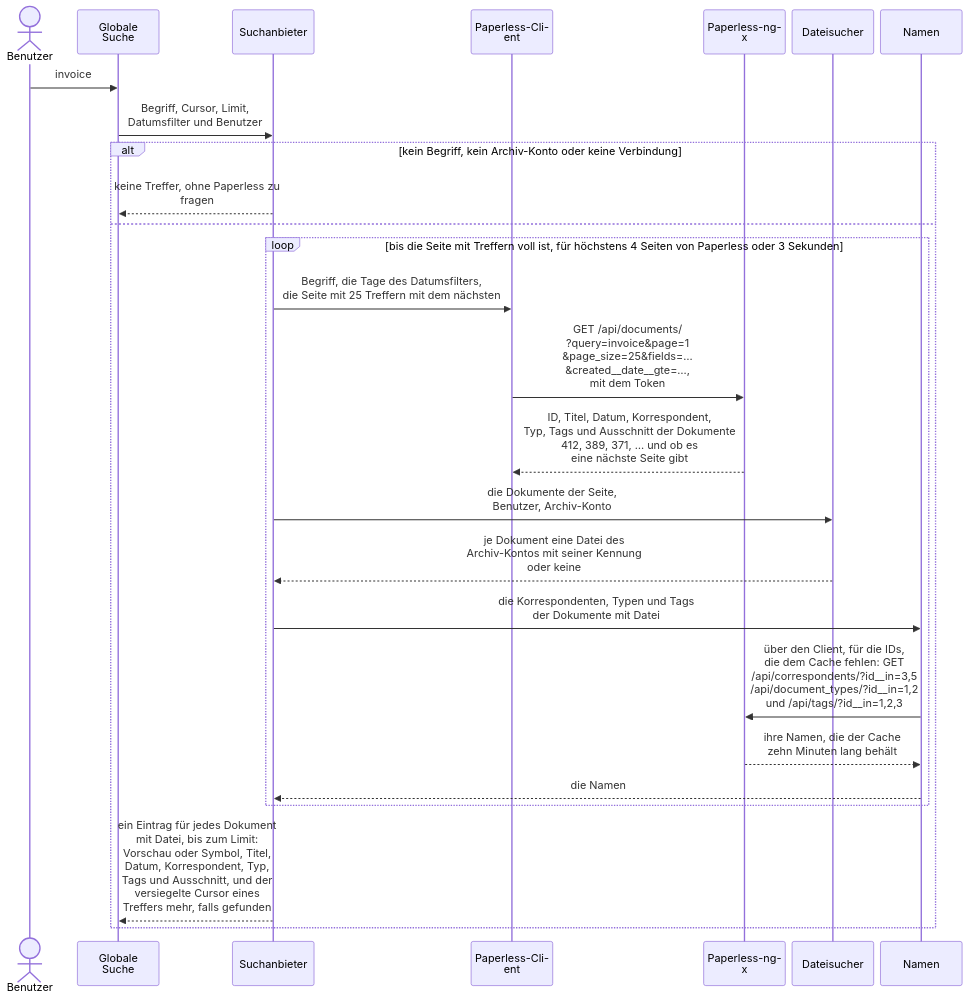
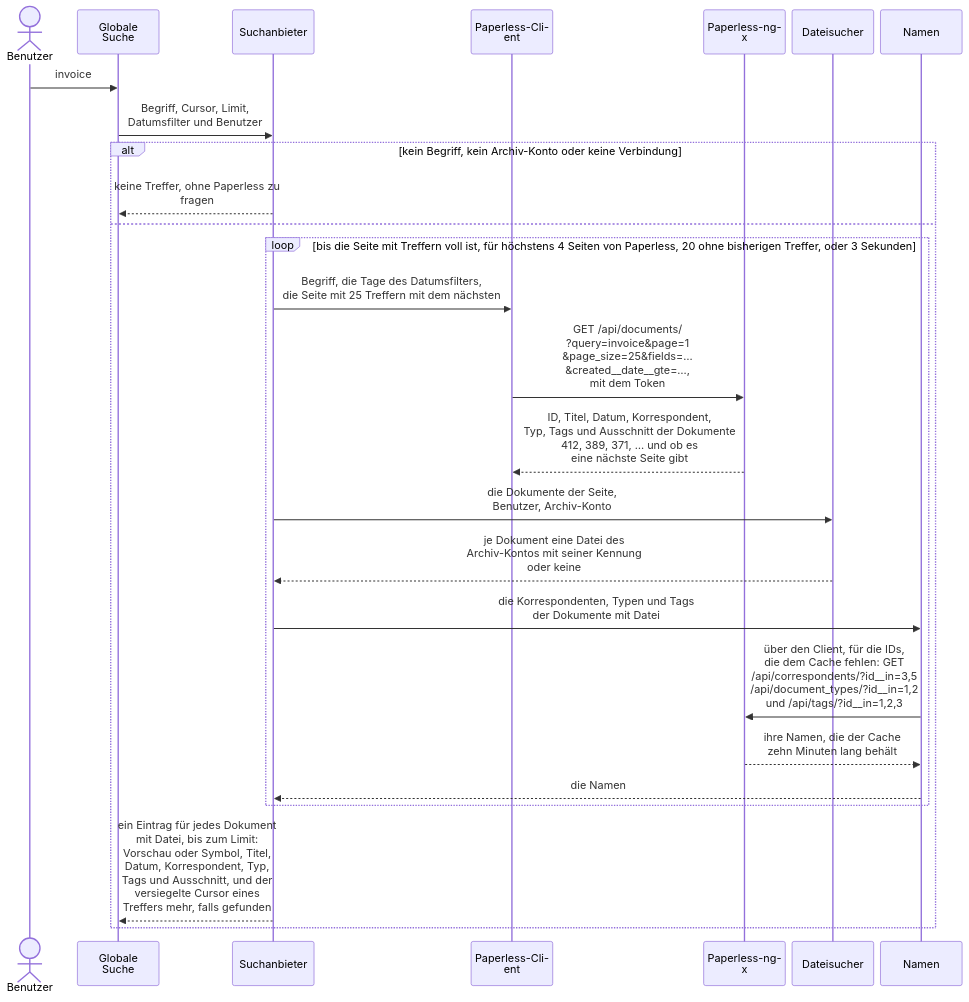
One commit to Dennis-Otto/paperless-unified-search changed the diagram in docs/diagrams/the-data-flow-of-a-search.de.mmd. Above: the diagram before and after it, drawn with Mermaid. The commit also changed 24 other files, not shown here.

```diff
--- a/docs/diagrams/the-data-flow-of-a-search.de.mmd
+++ b/docs/diagrams/the-data-flow-of-a-search.de.mmd
@@ -1,36 +1,36 @@
 ---
 config:
   sequence:
     wrap: true
     width: 120
     actorMargin: 10
 ---
 sequenceDiagram
     accTitle: Der Datenfluss einer Suche
-    accDescr: Ein Benutzer sucht nach invoice. Die globale Suche gibt den Begriff, den Cursor, das Limit, den Datumsfilter und den Benutzer an den Suchanbieter. Ohne Begriff, Archiv-Konto oder Verbindung antwortet der Anbieter ohne Treffer und fragt Paperless nicht. Sonst fragt der Paperless-Client, bis die Seite mit Treffern voll ist, Paperless-ngx mit dem Token nach der Seite mit 25 Treffern, die den nächsten Treffer enthält, innerhalb der Tage des Datumsfilters und nur nach den Feldern, die ein Treffer zeigt, und Paperless antwortet mit der ID, dem Titel, dem Datum, den IDs des Korrespondenten, des Typs und der Tags und dem Ausschnitt der Dokumente 412, 389, 371 und weiterer und damit, ob es eine nächste Seite gibt. Ein Aufruf des Dateisuchers deckt alle Dokumente dieser Seite ab und liefert für jedes eine Datei des Archiv-Kontos mit seiner Kennung oder keine. Für die Dokumente mit Datei fragen die Namen Paperless über den Client nach den Korrespondenten, den Typen und den Tags, die der Cache nicht enthält, mit einer Anfrage je Art, und behalten ihre Namen zehn Minuten lang. Das wiederholt sich für höchstens 4 Seiten von Paperless oder 3 Sekunden. Der Anbieter antwortet mit einem Eintrag für jedes Dokument mit Datei, bis zum Limit, mit der Vorschau der Datei oder dem Symbol ihres Typs, dem Titel, dem Datum in der Sprache des Benutzers, dem Korrespondenten, dem Typ und dem Ausschnitt, und, wenn er einen Treffer mehr gefunden hat, als die Seite fasst, mit dem versiegelten Cursor dieses Treffers, den er für die nächste Seite lässt.
+    accDescr: Ein Benutzer sucht nach invoice. Die globale Suche gibt den Begriff, den Cursor, das Limit, den Datumsfilter und den Benutzer an den Suchanbieter. Ohne Begriff, Archiv-Konto oder Verbindung antwortet der Anbieter ohne Treffer und fragt Paperless nicht. Sonst fragt der Paperless-Client, bis die Seite mit Treffern voll ist, Paperless-ngx mit dem Token nach der Seite mit 25 Treffern, die den nächsten Treffer enthält, innerhalb der Tage des Datumsfilters und nur nach den Feldern, die ein Treffer zeigt, und Paperless antwortet mit der ID, dem Titel, dem Datum, den IDs des Korrespondenten, des Typs und der Tags und dem Ausschnitt der Dokumente 412, 389, 371 und weiterer und damit, ob es eine nächste Seite gibt. Ein Aufruf des Dateisuchers deckt alle Dokumente dieser Seite ab und liefert für jedes eine Datei des Archiv-Kontos mit seiner Kennung oder keine. Für die Dokumente mit Datei fragen die Namen Paperless über den Client nach den Korrespondenten, den Typen und den Tags, die der Cache nicht enthält, mit einer Anfrage je Art, und behalten ihre Namen zehn Minuten lang. Das wiederholt sich für höchstens 4 Seiten von Paperless, oder 20, solange noch kein Treffer gefunden ist, oder 3 Sekunden. Der Anbieter antwortet mit einem Eintrag für jedes Dokument mit Datei, bis zum Limit, mit der Vorschau der Datei oder dem Symbol ihres Typs, dem Titel, dem Datum in der Sprache des Benutzers, dem Korrespondenten, dem Typ und dem Ausschnitt, und, wenn er einen Treffer mehr gefunden hat, als die Seite fasst, mit dem versiegelten Cursor dieses Treffers, den er für die nächste Seite lässt.
 
     actor User as Benutzer
     participant Search as Globale Suche
     participant Provider as Suchanbieter
     participant Client as Paperless-Client
     participant Paperless as Paperless-ngx
     participant Locator as Dateisucher
     participant Names as Namen
     User->>Search: invoice
     Search->>Provider: Begriff, Cursor, Limit,<br>Datumsfilter und Benutzer
     alt kein Begriff, kein Archiv-Konto oder keine Verbindung
         Provider-->>Search: keine Treffer, ohne Paperless zu fragen
     else
-        loop bis die Seite mit Treffern voll ist, für höchstens 4 Seiten von Paperless oder 3 Sekunden
+        loop bis die Seite mit Treffern voll ist, für höchstens 4 Seiten von Paperless, 20 ohne bisherigen Treffer, oder 3 Sekunden
             Provider->>Client: Begriff, die Tage des Datumsfilters,<br>die Seite mit 25 Treffern mit dem nächsten
             Client->>Paperless: GET /api/documents/<br>?query=invoice&page=1<br>&page_size=25&fields=…<br>&created__date__gte=…,<br>mit dem Token
             Paperless-->>Client: ID, Titel, Datum, Korrespondent,<br>Typ, Tags und Ausschnitt der Dokumente<br>412, 389, 371, … und ob es<br>eine nächste Seite gibt
             Provider->>Locator: die Dokumente der Seite,<br>Benutzer, Archiv-Konto
             Locator-->>Provider: je Dokument eine Datei des<br>Archiv-Kontos mit seiner Kennung<br>oder keine
             Provider->>Names: die Korrespondenten, Typen und Tags<br>der Dokumente mit Datei
             Names->>Paperless: über den Client, für die IDs,<br>die dem Cache fehlen: GET<br>/api/correspondents/?id__in=3,5<br>/api/document_types/?id__in=1,2<br>und /api/tags/?id__in=1,2,3
             Paperless-->>Names: ihre Namen, die der Cache<br>zehn Minuten lang behält
             Names-->>Provider: die Namen
         end
         Provider-->>Search: ein Eintrag für jedes Dokument mit Datei, bis zum Limit: Vorschau oder Symbol, Titel, Datum, Korrespondent, Typ, Tags und Ausschnitt, und der versiegelte Cursor eines Treffers mehr, falls gefunden
     end
```
